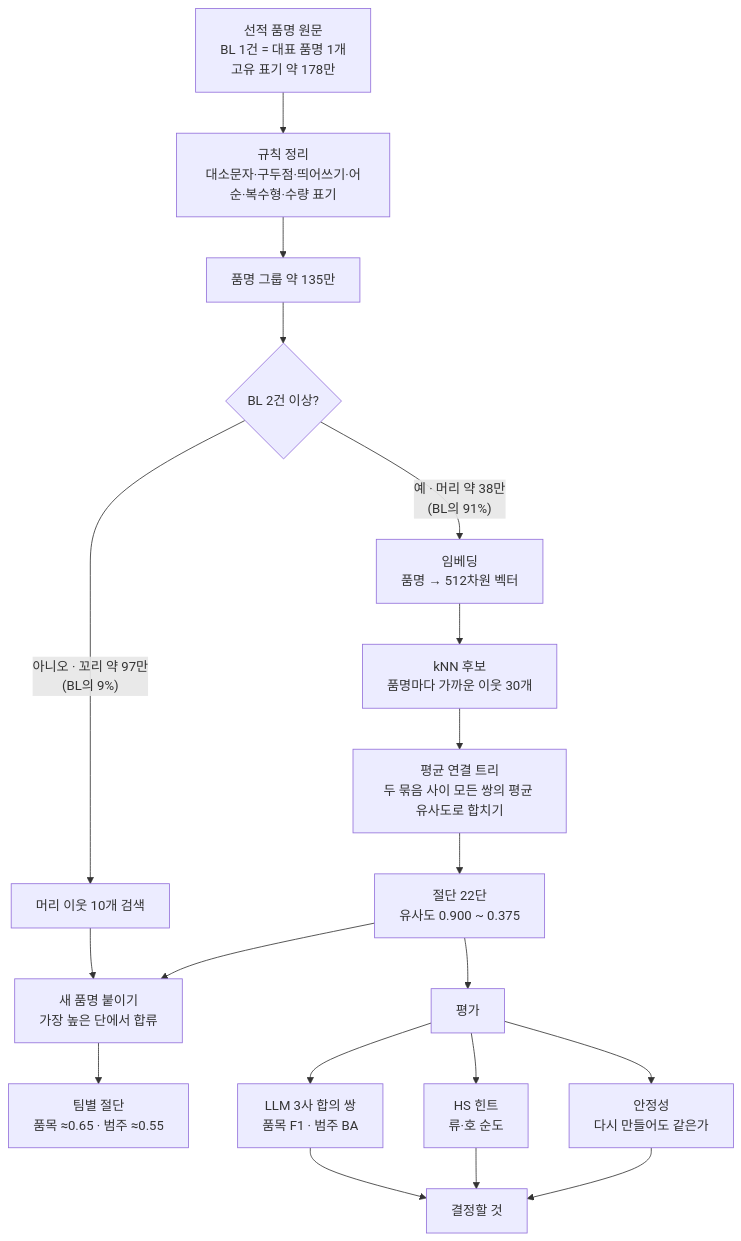
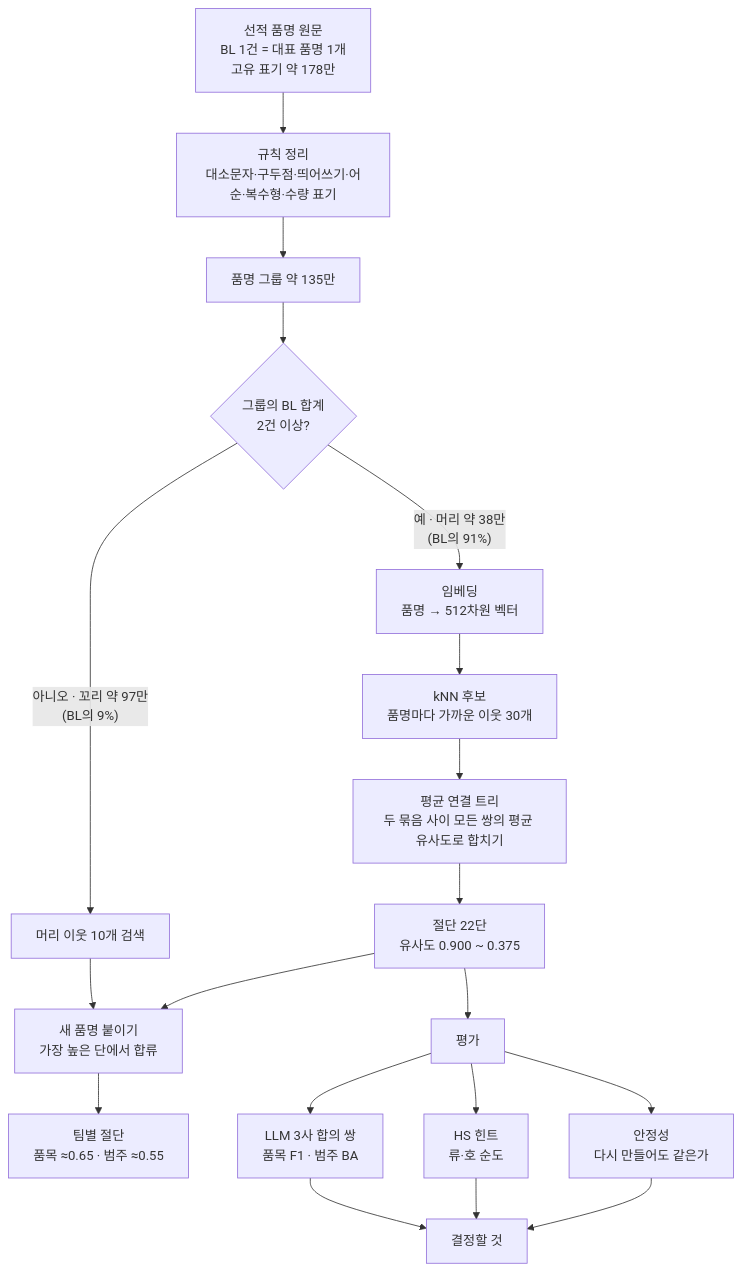
The diagram in docs/index.md (SinokorOfficial/hhmitem-cluster-docs), drawn with Mermaid before and after one commit. The commit also changed 2 other files, not shown here.

Commit message:
머리/꼬리 기준을 '그룹의 BL 합계'로 명확히

````diff
--- a/docs/index.md
+++ b/docs/index.md
@@ -12,21 +12,21 @@
 ```mermaid
 flowchart TD
     A["선적 품명 원문<br/>BL 1건 = 대표 품명 1개<br/>고유 표기 약 178만"] --> B["규칙 정리<br/>대소문자·구두점·띄어쓰기·어순·복수형·수량 표기"]
     B --> C["품명 그룹 약 135만"]
-    C --> D{"BL 2건 이상?"}
+    C --> D{"그룹의 BL 합계<br/>2건 이상?"}
     D -- "예 · 머리 약 38만<br/>(BL의 91%)" --> E["임베딩<br/>품명 → 512차원 벡터"]
     E --> F["kNN 후보<br/>품명마다 가까운 이웃 30개"]
     F --> G["평균 연결 트리<br/>두 묶음 사이 모든 쌍의 평균 유사도로 합치기"]
     G --> H["절단 22단<br/>유사도 0.900 ~ 0.375"]
     D -- "아니오 · 꼬리 약 97만<br/>(BL의 9%)" --> I["머리 이웃 10개 검색"]
     I --> J["새 품명 붙이기<br/>가장 높은 단에서 합류"]
     H --> J
     J --> K["팀별 절단<br/>품목 ≈0.65 · 범주 ≈0.55"]
     H --> L["평가"]
     L --> L1["LLM 3사 합의 쌍<br/>품목 F1 · 범주 BA"]
     L --> L2["HS 힌트<br/>류·호 순도"]
     L --> L3["안정성<br/>다시 만들어도 같은가"]
     L1 --> M["결정할 것"]
     L2 --> M
     L3 --> M
 ```
````
